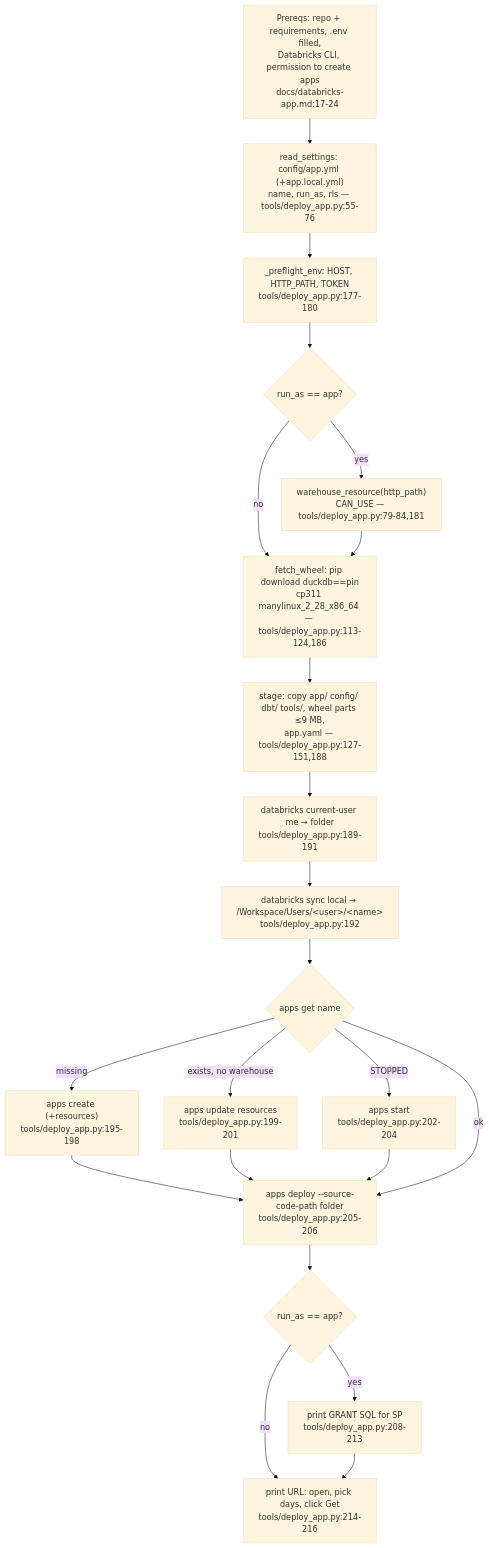
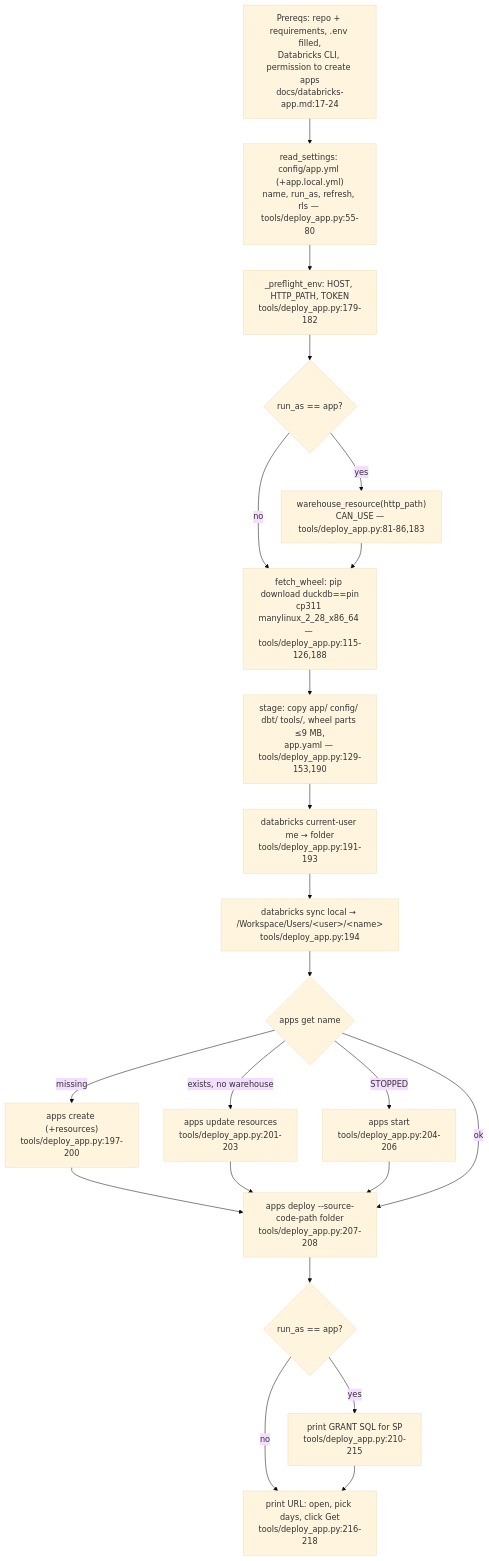
Before and after one commit to darshanmeel/databricks-audit-app: the diagram in databricks-audit-app-knowledge-graph/processes/deploy_databricks_app.md, drawn with Mermaid (base theme). The commit also changed other lines of this file and 94 other files, not shown here.

First line of the commit message:
Graph and technical doc updated for the review fixes: 8,352 nodes and 23,453 edges

````diff
--- a/databricks-audit-app-knowledge-graph/processes/deploy_databricks_app.md
+++ b/databricks-audit-app-knowledge-graph/processes/deploy_databricks_app.md
@@ -5,24 +5,24 @@
 ```mermaid
 flowchart TD
   S0["Prereqs: repo + requirements, .env filled,<br/>Databricks CLI, permission to create apps<br/>docs/databricks-app.md:17-24"] --> S1
-  S1["read_settings: config/app.yml (+app.local.yml)<br/>name, run_as, rls — tools/deploy_app.py:55-76"] --> S2
-  S2["_preflight_env: HOST, HTTP_PATH, TOKEN<br/>tools/deploy_app.py:177-180"] --> S3
-  S3{"run_as == app?"} -->|yes| S3a["warehouse_resource(http_path)<br/>CAN_USE — tools/deploy_app.py:79-84,181"]
+  S1["read_settings: config/app.yml (+app.local.yml)<br/>name, run_as, refresh, rls — tools/deploy_app.py:55-80"] --> S2
+  S2["_preflight_env: HOST, HTTP_PATH, TOKEN<br/>tools/deploy_app.py:179-182"] --> S3
+  S3{"run_as == app?"} -->|yes| S3a["warehouse_resource(http_path)<br/>CAN_USE — tools/deploy_app.py:81-86,183"]
   S3 -->|no| S4
   S3a --> S4
-  S4["fetch_wheel: pip download duckdb==pin<br/>cp311 manylinux_2_28_x86_64 — tools/deploy_app.py:113-124,186"] --> S5
-  S5["stage: copy app/ config/ dbt/ tools/, wheel parts ≤9 MB,<br/>app.yaml — tools/deploy_app.py:127-151,188"] --> S6
-  S6["databricks current-user me → folder<br/>tools/deploy_app.py:189-191"] --> S7
-  S7["databricks sync local → /Workspace/Users/&lt;user&gt;/&lt;name&gt;<br/>tools/deploy_app.py:192"] --> S8
-  S8{"apps get name"} -->|missing| S8a["apps create (+resources)<br/>tools/deploy_app.py:195-198"]
-  S8 -->|exists, no warehouse| S8b["apps update resources<br/>tools/deploy_app.py:199-201"]
-  S8 -->|STOPPED| S8c["apps start<br/>tools/deploy_app.py:202-204"]
+  S4["fetch_wheel: pip download duckdb==pin<br/>cp311 manylinux_2_28_x86_64 — tools/deploy_app.py:115-126,188"] --> S5
+  S5["stage: copy app/ config/ dbt/ tools/, wheel parts ≤9 MB,<br/>app.yaml — tools/deploy_app.py:129-153,190"] --> S6
+  S6["databricks current-user me → folder<br/>tools/deploy_app.py:191-193"] --> S7
+  S7["databricks sync local → /Workspace/Users/&lt;user&gt;/&lt;name&gt;<br/>tools/deploy_app.py:194"] --> S8
+  S8{"apps get name"} -->|missing| S8a["apps create (+resources)<br/>tools/deploy_app.py:197-200"]
+  S8 -->|exists, no warehouse| S8b["apps update resources<br/>tools/deploy_app.py:201-203"]
+  S8 -->|STOPPED| S8c["apps start<br/>tools/deploy_app.py:204-206"]
   S8a --> S9
   S8b --> S9
   S8c --> S9
   S8 -->|ok| S9
-  S9["apps deploy --source-code-path folder<br/>tools/deploy_app.py:205-206"] --> S10
-  S10{"run_as == app?"} -->|yes| S10a["print GRANT SQL for SP<br/>tools/deploy_app.py:208-213"]
+  S9["apps deploy --source-code-path folder<br/>tools/deploy_app.py:207-208"] --> S10
+  S10{"run_as == app?"} -->|yes| S10a["print GRANT SQL for SP<br/>tools/deploy_app.py:210-215"]
   S10 -->|no| S11
-  S10a --> S11["print URL: open, pick days, click Get<br/>tools/deploy_app.py:214-216"]
+  S10a --> S11["print URL: open, pick days, click Get<br/>tools/deploy_app.py:216-218"]
 ```
````
